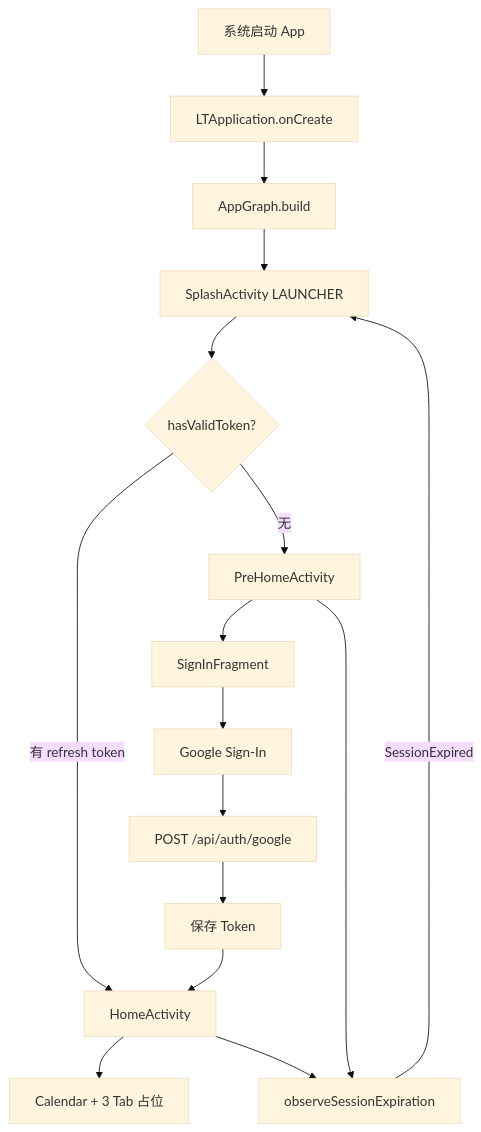
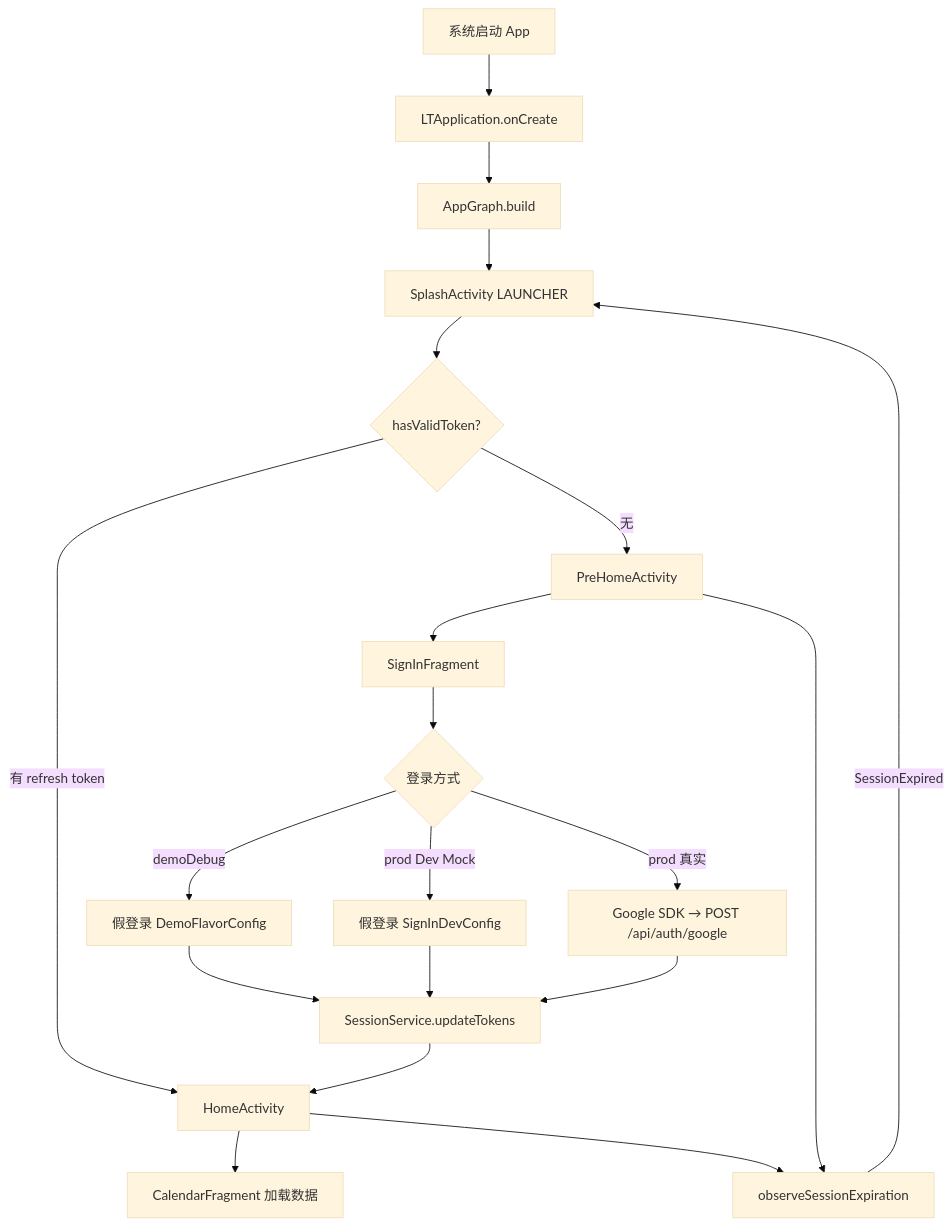
The diagram in docs/app-startup-flow.md (LieonShelly/LT-Android), drawn with Mermaid (base theme) before and after one commit. The commit also changed other lines of this file and 1 other file, not shown here.

````diff
--- a/docs/app-startup-flow.md
+++ b/docs/app-startup-flow.md
@@ -20,19 +25,23 @@
 ```mermaid
 flowchart TD
     A[系统启动 App] --> B[LTApplication.onCreate]
     B --> C[AppGraph.build]
     C --> D[SplashActivity LAUNCHER]
     D --> E{hasValidToken?}
     E -->|有 refresh token| F[HomeActivity]
     E -->|无| G[PreHomeActivity]
     G --> H[SignInFragment]
-    H --> I[Google Sign-In]
-    I --> J[POST /api/auth/google]
-    J --> K[保存 Token]
-    K --> F
-    F --> L[Calendar + 3 Tab 占位]
+    H --> I{登录方式}
+    I -->|demoDebug| J[假登录 DemoFlavorConfig]
+    I -->|prod Dev Mock| K[假登录 SignInDevConfig]
+    I -->|prod 真实| L[Google SDK → POST /api/auth/google]
+    J --> M[SessionService.updateTokens]
+    K --> M
+    L --> M
+    M --> F
+    F --> N[CalendarFragment 加载数据]
 
-    F --> M[observeSessionExpiration]
-    G --> M
-    M -->|SessionExpired| D
+    F --> O[observeSessionExpiration]
+    G --> O
+    O -->|SessionExpired| D
 ```
````
